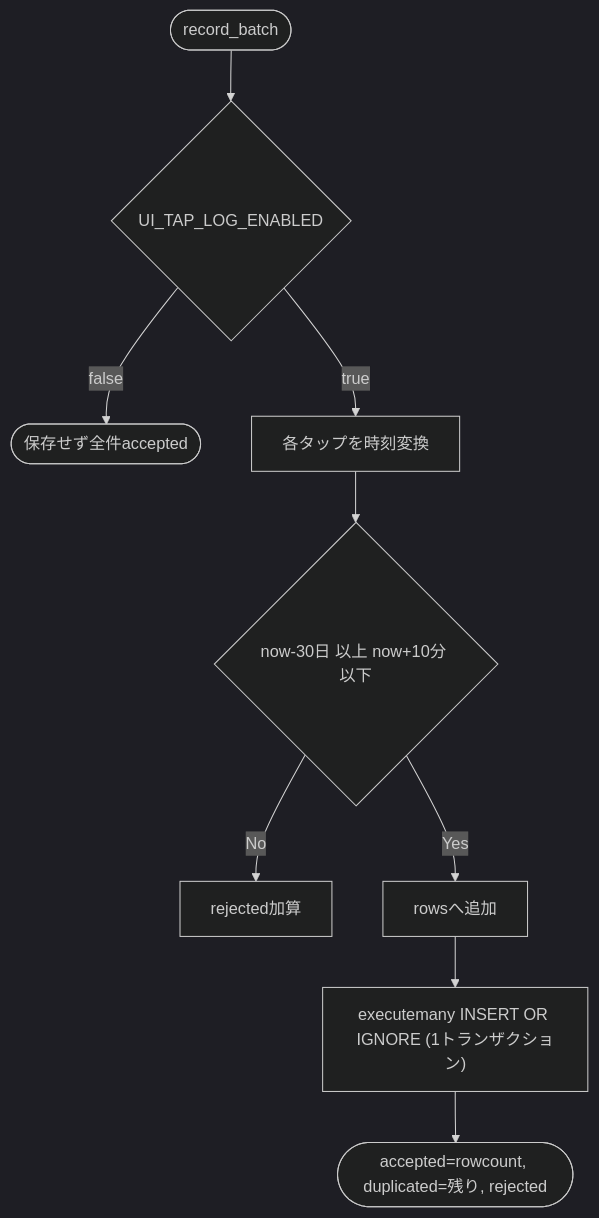
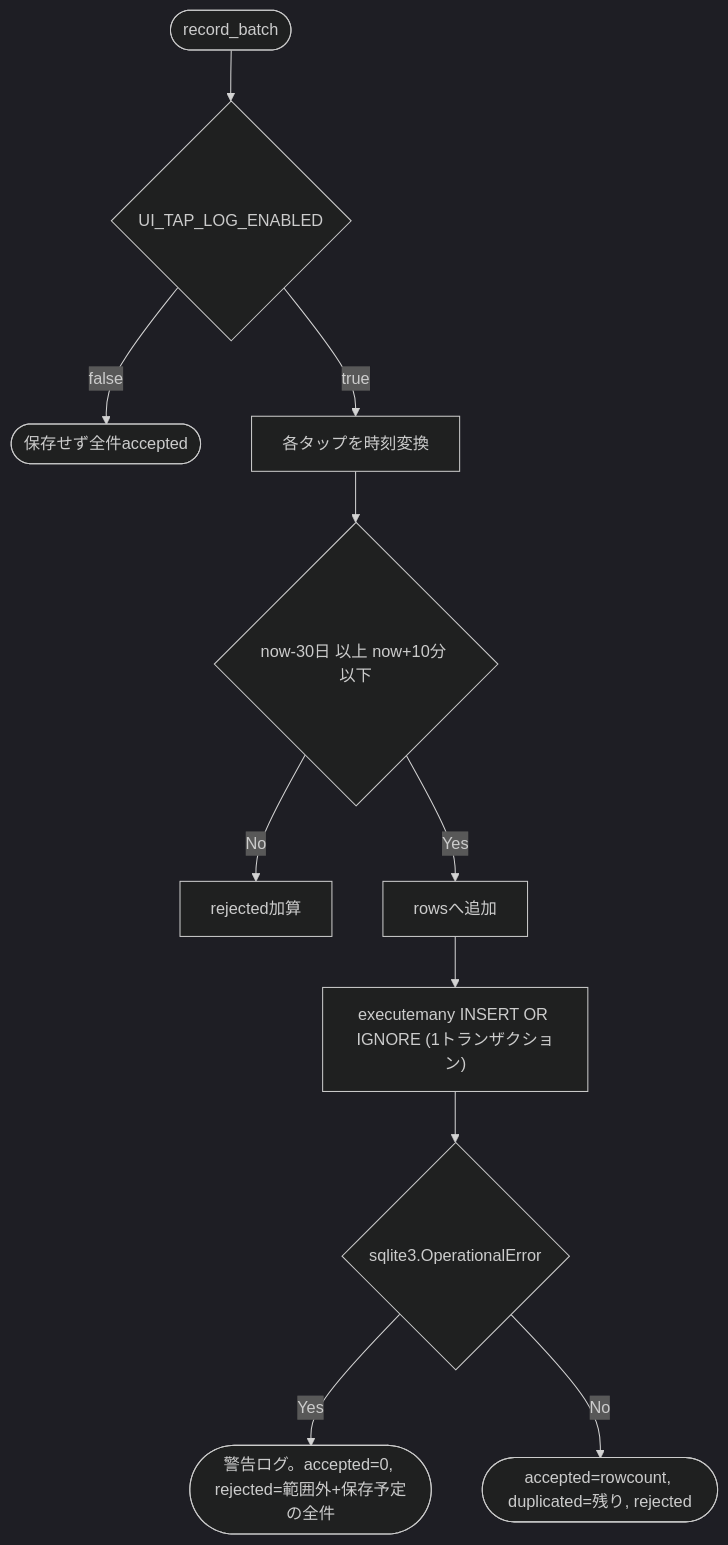
Before and after one commit to mmtigers/my_python_project: the first of 2 diagrams in docs/specifications/MY_HOME_SYSTEM/ui_event_service.md, drawn with Mermaid (dark theme). The commit also changed other lines of this file and 40 other files, not shown here.

````diff
--- a/docs/specifications/MY_HOME_SYSTEM/ui_event_service.md
+++ b/docs/specifications/MY_HOME_SYSTEM/ui_event_service.md
@@ -75,11 +76,13 @@
 ```mermaid
 flowchart TD
     Start(["record_batch"]) --> En{"UI_TAP_LOG_ENABLED"}
     En -- false --> Skip(["保存せず全件accepted"])
     En -- true --> Loop["各タップを時刻変換"]
     Loop --> Rng{"now-30日 以上 now+10分 以下"}
     Rng -- No --> Rej["rejected加算"]
     Rng -- Yes --> Rows["rowsへ追加"]
     Rows --> Ins["executemany INSERT OR IGNORE (1トランザクション)"]
-    Ins --> Ret(["accepted=rowcount, duplicated=残り, rejected"])
+    Ins --> OpErr{"sqlite3.OperationalError"}
+    OpErr -- Yes --> Soft(["警告ログ。accepted=0, rejected=範囲外+保存予定の全件"])
+    OpErr -- No --> Ret(["accepted=rowcount, duplicated=残り, rejected"])
 ```
````
